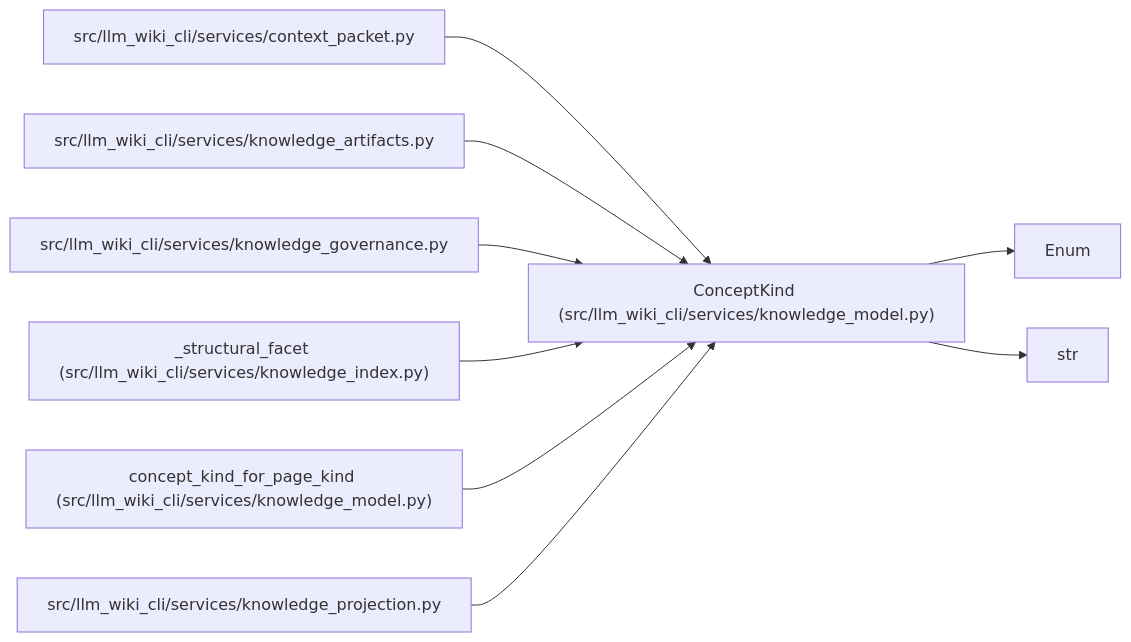
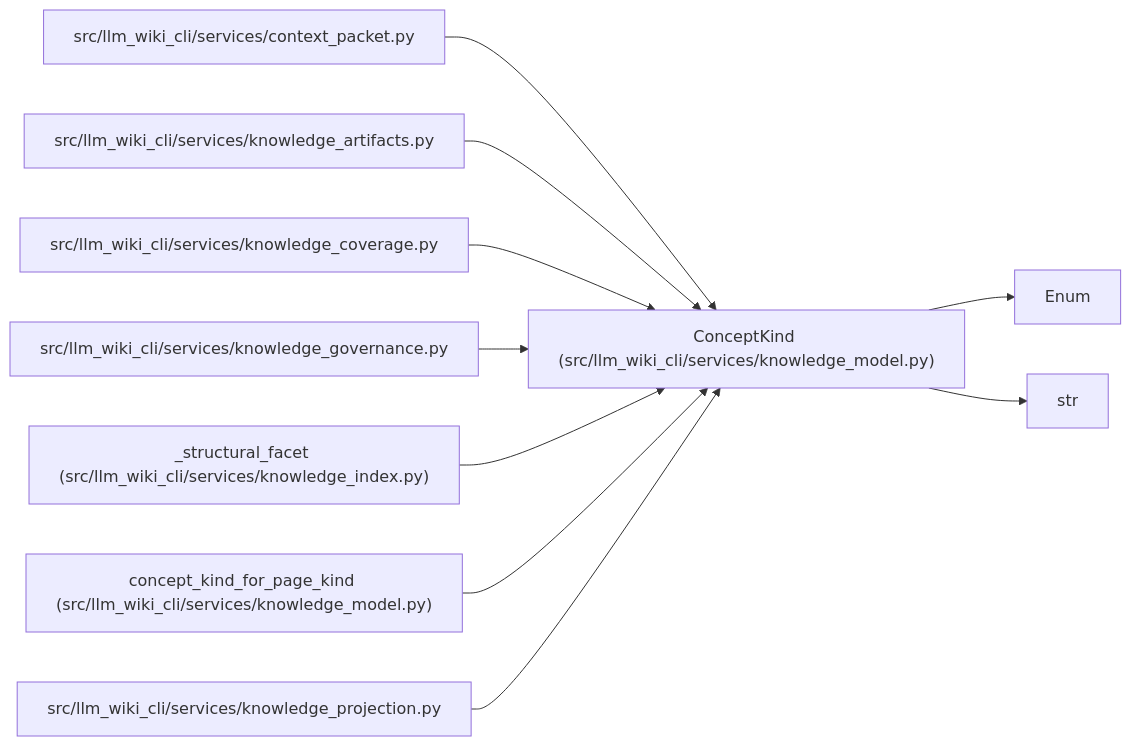
Before and after one commit to Denissvgn/python-wiki-llm: the diagram in docs/llm_wiki/entities/ConceptKind.md, drawn with Mermaid. The commit also changed other lines of this file and 398 other files, not shown here.

````diff
--- a/docs/llm_wiki/entities/ConceptKind.md
+++ b/docs/llm_wiki/entities/ConceptKind.md
@@ -36,27 +36,30 @@
 ```mermaid
 flowchart LR
     n0["ConceptKind (src/llm_wiki_cli/services/knowledge_model.py)"]
     n1["Enum"]
     n2["str"]
     n3["src/llm_wiki_cli/services/context_packet.py"]
     n4["src/llm_wiki_cli/services/knowledge_artifacts.py"]
-    n5["src/llm_wiki_cli/services/knowledge_governance.py"]
-    n6["_structural_facet (src/llm_wiki_cli/services/knowledge_index.py)"]
-    n7["concept_kind_for_page_kind (src/llm_wiki_cli/services/knowledge_model.py)"]
-    n8["src/llm_wiki_cli/services/knowledge_projection.py"]
+    n5["src/llm_wiki_cli/services/knowledge_coverage.py"]
+    n6["src/llm_wiki_cli/services/knowledge_governance.py"]
+    n7["_structural_facet (src/llm_wiki_cli/services/knowledge_index.py)"]
+    n8["concept_kind_for_page_kind (src/llm_wiki_cli/services/knowledge_model.py)"]
+    n9["src/llm_wiki_cli/services/knowledge_projection.py"]
     n0 --> n1
     n0 --> n2
     n3 --> n0
     n4 --> n0
     n5 --> n0
     n6 --> n0
     n7 --> n0
     n8 --> n0
+    n9 --> n0
     click n0 "../modules/knowledge_model.md"
     click n3 "../modules/context_packet.md"
     click n4 "../modules/knowledge_artifacts.md"
-    click n5 "../modules/knowledge_governance.md"
-    click n6 "../modules/knowledge_index.md"
-    click n7 "../modules/knowledge_model.md"
-    click n8 "../modules/knowledge_projection.md"
+    click n5 "../modules/knowledge_coverage.md"
+    click n6 "../modules/knowledge_governance.md"
+    click n7 "../modules/knowledge_index.md"
+    click n8 "../modules/knowledge_model.md"
+    click n9 "../modules/knowledge_projection.md"
 ```
````
